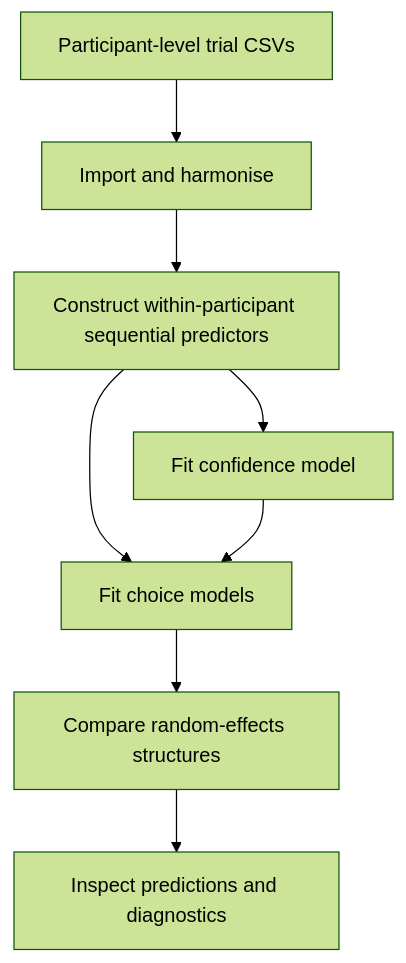
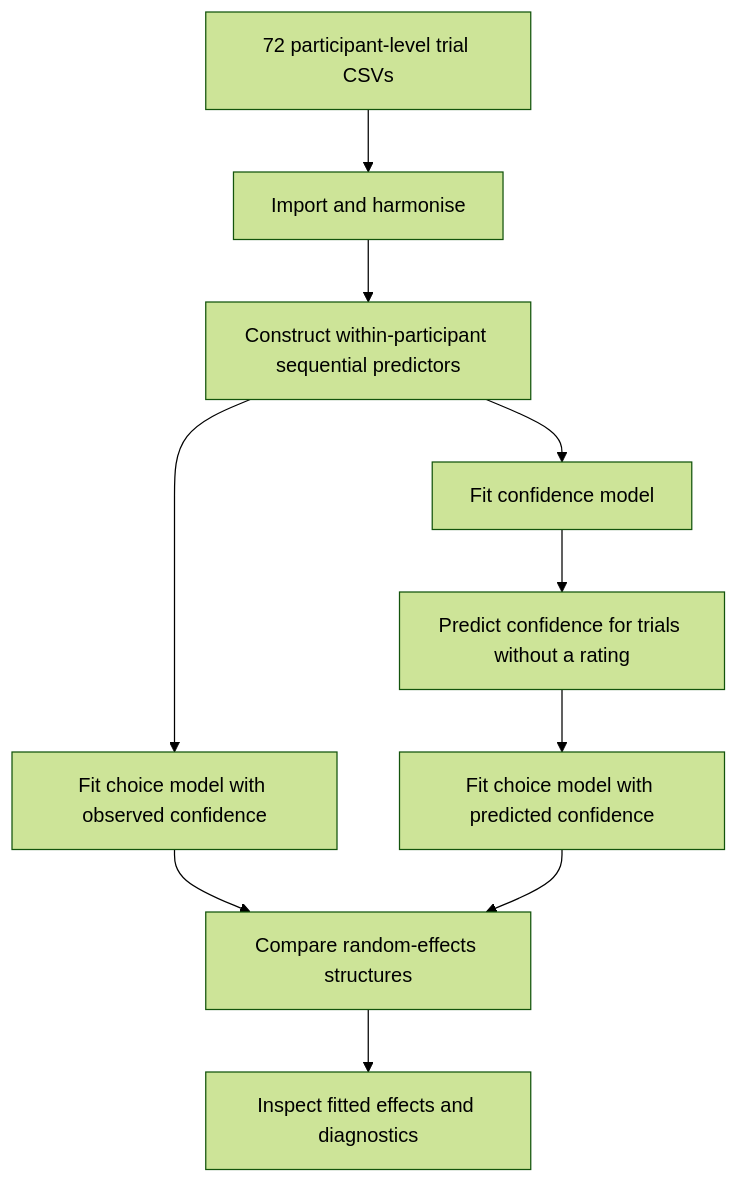
One commit to MahdiMoocavi/Generalized-Linear-Model changed the diagram in README.md. Above: the diagram before and after it, drawn with Mermaid (forest theme). The commit also changed other lines of this file, not shown here.

````diff
--- a/README.md
+++ b/README.md
@@ -11,10 +16,12 @@
 ```mermaid
 flowchart TD
-    A[Participant-level trial CSVs] --> B[Import and harmonise]
+    A[72 participant-level trial CSVs] --> B[Import and harmonise]
     B --> C[Construct within-participant sequential predictors]
     C --> D[Fit confidence model]
-    C --> E[Fit choice models]
-    D --> E
-    E --> F[Compare random-effects structures]
-    F --> G[Inspect predictions and diagnostics]
+    C --> E[Fit choice model with observed confidence]
+    D --> F[Predict confidence for trials without a rating]
+    F --> G[Fit choice model with predicted confidence]
+    E --> H[Compare random-effects structures]
+    G --> H
+    H --> I[Inspect fitted effects and diagnostics]
 ```
````
